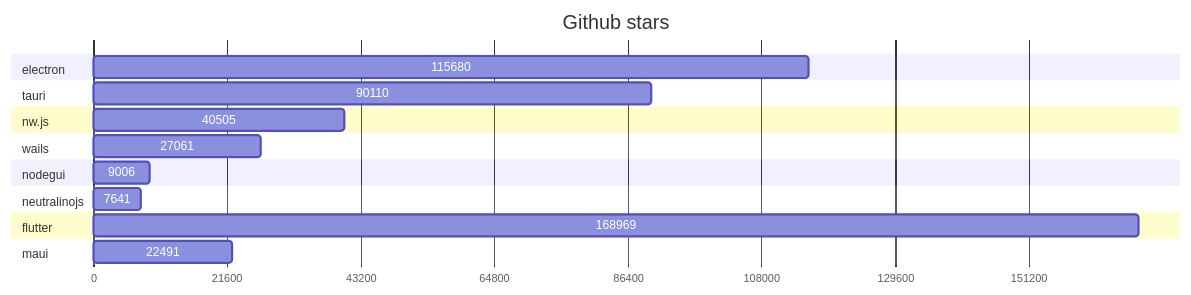
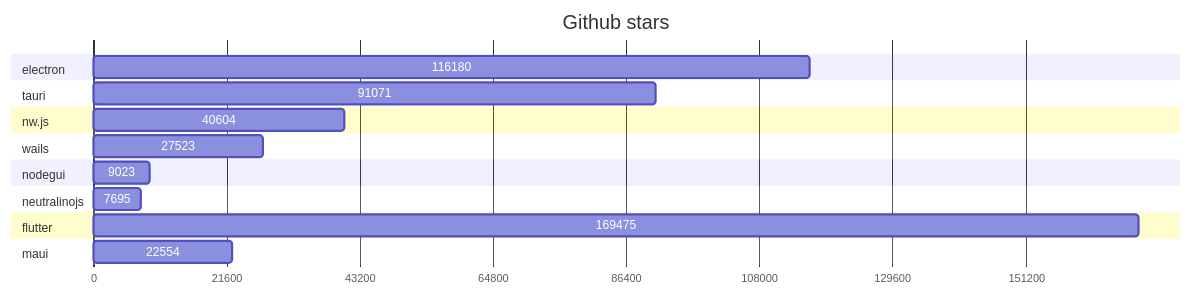
The first of 2 diagrams in GRAPHS.md (Elanis/web-to-desktop-framework-comparison), drawn with Mermaid before and after one commit. The commit also changed other lines of this file and 2 other files, not shown here.

Commit message:
Update stars & Fork

````diff
--- a/GRAPHS.md
+++ b/GRAPHS.md
@@ -5,40 +5,40 @@
 ```mermaid
 gantt
     title Github stars
     dateFormat  X
     axisFormat %s
 
 
 	section electron
-	115680 : 0, 115680
+	116180 : 0, 116180
 
 	
 	section tauri
-	90110 : 0, 90110
+	91071 : 0, 91071
 
 	
 	section nw.js
-	40505 : 0, 40505
+	40604 : 0, 40604
 
 	
 	section wails
-	27061 : 0, 27061
+	27523 : 0, 27523
 
 	
 	section nodegui
-	9006 : 0, 9006
+	9023 : 0, 9023
 
 	
 	section neutralinojs
-	7641 : 0, 7641
+	7695 : 0, 7695
 
 	
 	section flutter
-	168969 : 0, 168969
+	169475 : 0, 169475
 
 	
 	section maui
-	22491 : 0, 22491
+	22554 : 0, 22554
 
 	
 ```
````
